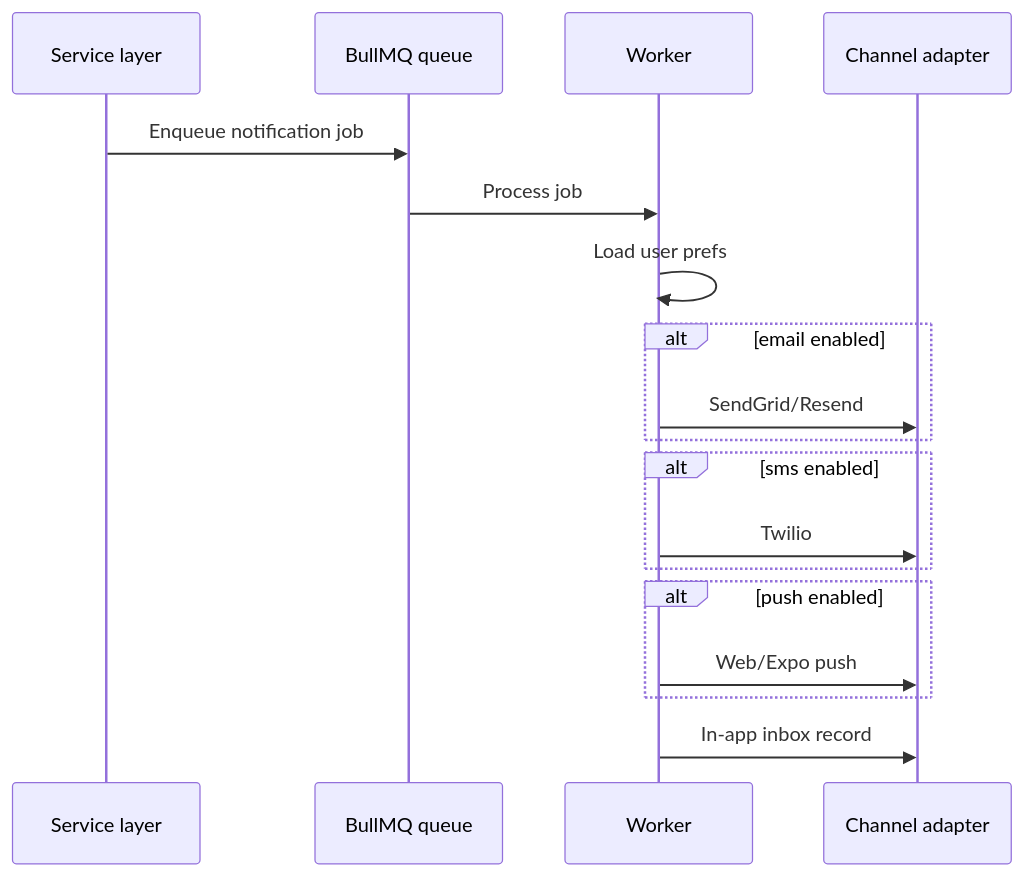
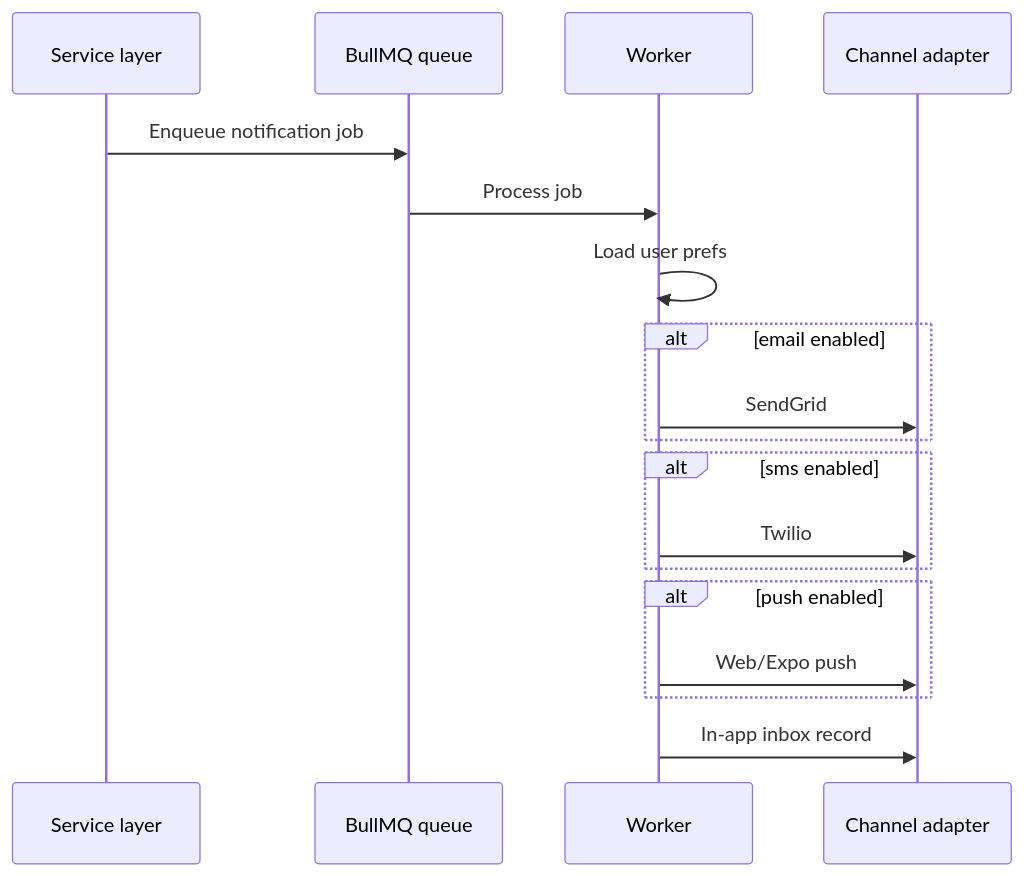
One commit to elevaro-solutions/uzeats-reservations changed the diagram in apps/docs/docs/architecture/notifications.md. Above: the diagram before and after it, drawn with Mermaid. The commit also changed other lines of this file and 104 other files, not shown here.

````diff
--- a/apps/docs/docs/architecture/notifications.md
+++ b/apps/docs/docs/architecture/notifications.md
@@ -35,21 +35,21 @@
 ```mermaid
 sequenceDiagram
   participant S as Service layer
   participant Q as BullMQ queue
   participant W as Worker
   participant C as Channel adapter
 
   S->>Q: Enqueue notification job
   Q->>W: Process job
   W->>W: Load user prefs
   alt email enabled
-    W->>C: SendGrid/Resend
+    W->>C: SendGrid
   end
   alt sms enabled
     W->>C: Twilio
   end
   alt push enabled
     W->>C: Web/Expo push
   end
   W->>C: In-app inbox record
 ```
````
